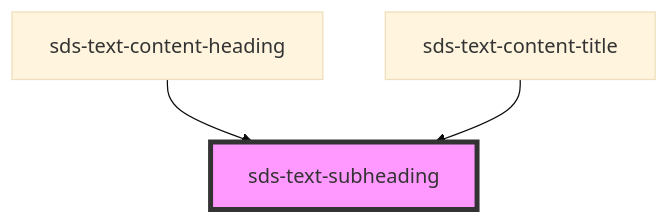
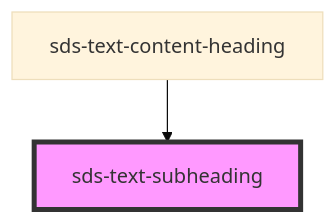
One commit to chodgesfigma/sds-mono changed the diagram in sds-web-components/src/ui/primitives/sds-text/sds-text-subheading/readme.md. Above: the diagram before and after it, drawn with Mermaid (base theme). The commit also changed other lines of this file and 12 other files, not shown here.

````diff
--- a/sds-web-components/src/ui/primitives/sds-text/sds-text-subheading/readme.md
+++ b/sds-web-components/src/ui/primitives/sds-text/sds-text-subheading/readme.md
@@ -20,6 +19,5 @@
 ```mermaid
 graph TD;
   sds-text-content-heading --> sds-text-subheading
-  sds-text-content-title --> sds-text-subheading
   style sds-text-subheading fill:#f9f,stroke:#333,stroke-width:4px
 ```
````
